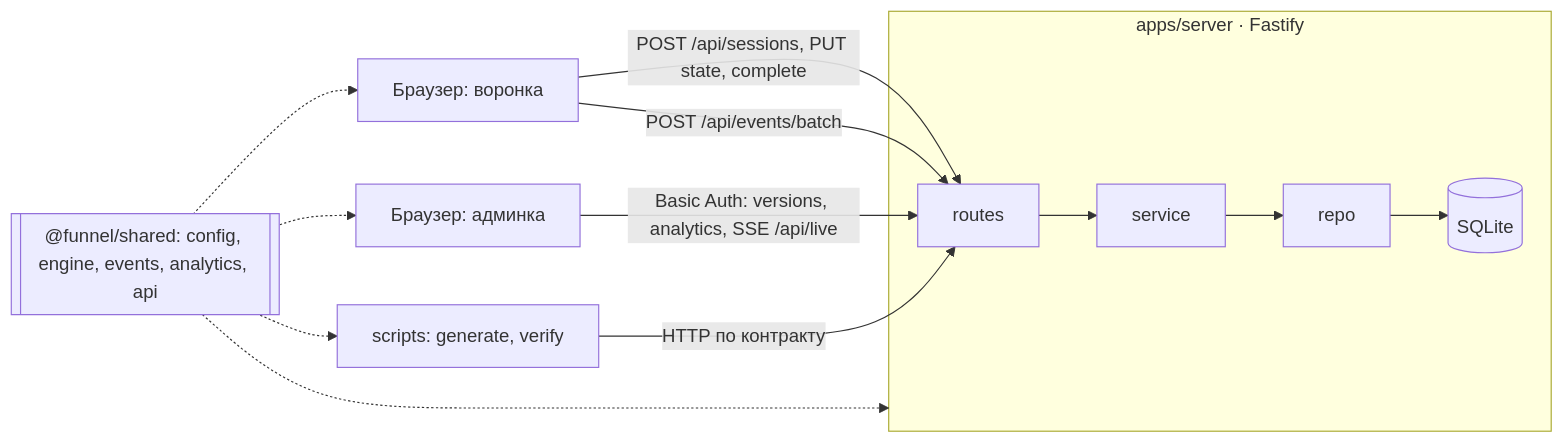
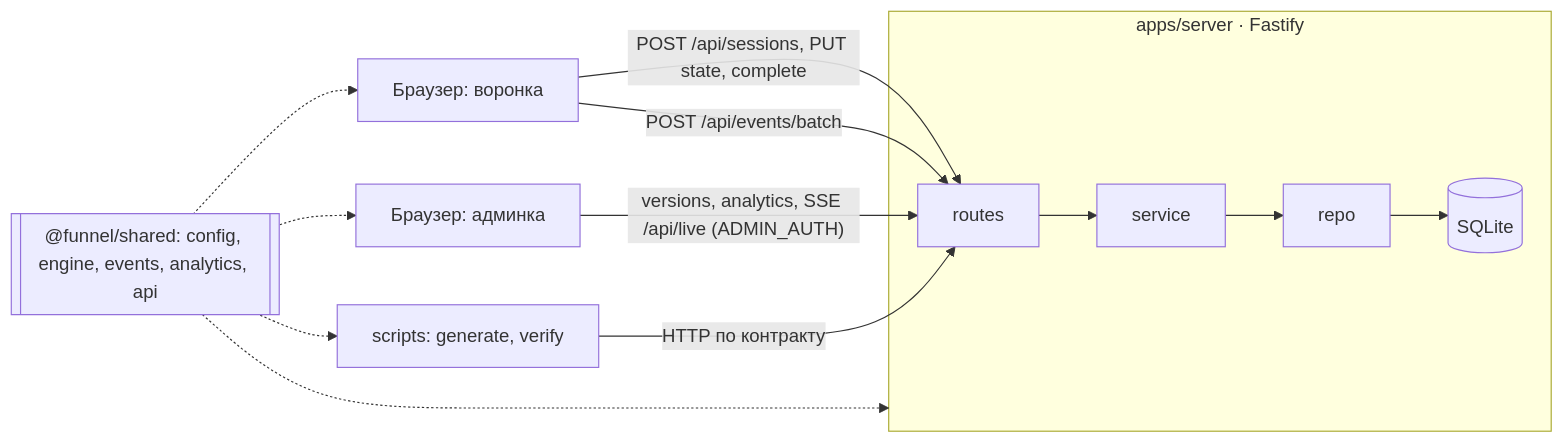
Before and after one commit to Karez79/funnel-runtime: the diagram in docs/EXPLAIN.md, drawn with Mermaid. The commit also changed other lines of this file and 15 other files, not shown here.

First line of the commit message:
feat(server): ADMIN_AUTH=basic|off switch for the admin guard

````diff
--- a/docs/EXPLAIN.md
+++ b/docs/EXPLAIN.md
@@ -7,15 +7,15 @@
 ```mermaid
 flowchart LR
   user[Браузер: воронка] -->|"POST /api/sessions, PUT state, complete"| api
   user -->|"POST /api/events/batch"| api
-  admin[Браузер: админка] -->|"Basic Auth: versions, analytics, SSE /api/live"| api
+  admin[Браузер: админка] -->|"versions, analytics, SSE /api/live (ADMIN_AUTH)"| api
   gen[scripts: generate, verify] -->|HTTP по контракту| api
   subgraph server[apps/server · Fastify]
     api[routes] --> svc[service] --> repo[repo] --> db[(SQLite)]
   end
   shared[["@funnel/shared: config, engine, events, analytics, api"]]
   shared -.-> user
   shared -.-> admin
   shared -.-> server
   shared -.-> gen
 ```
````
